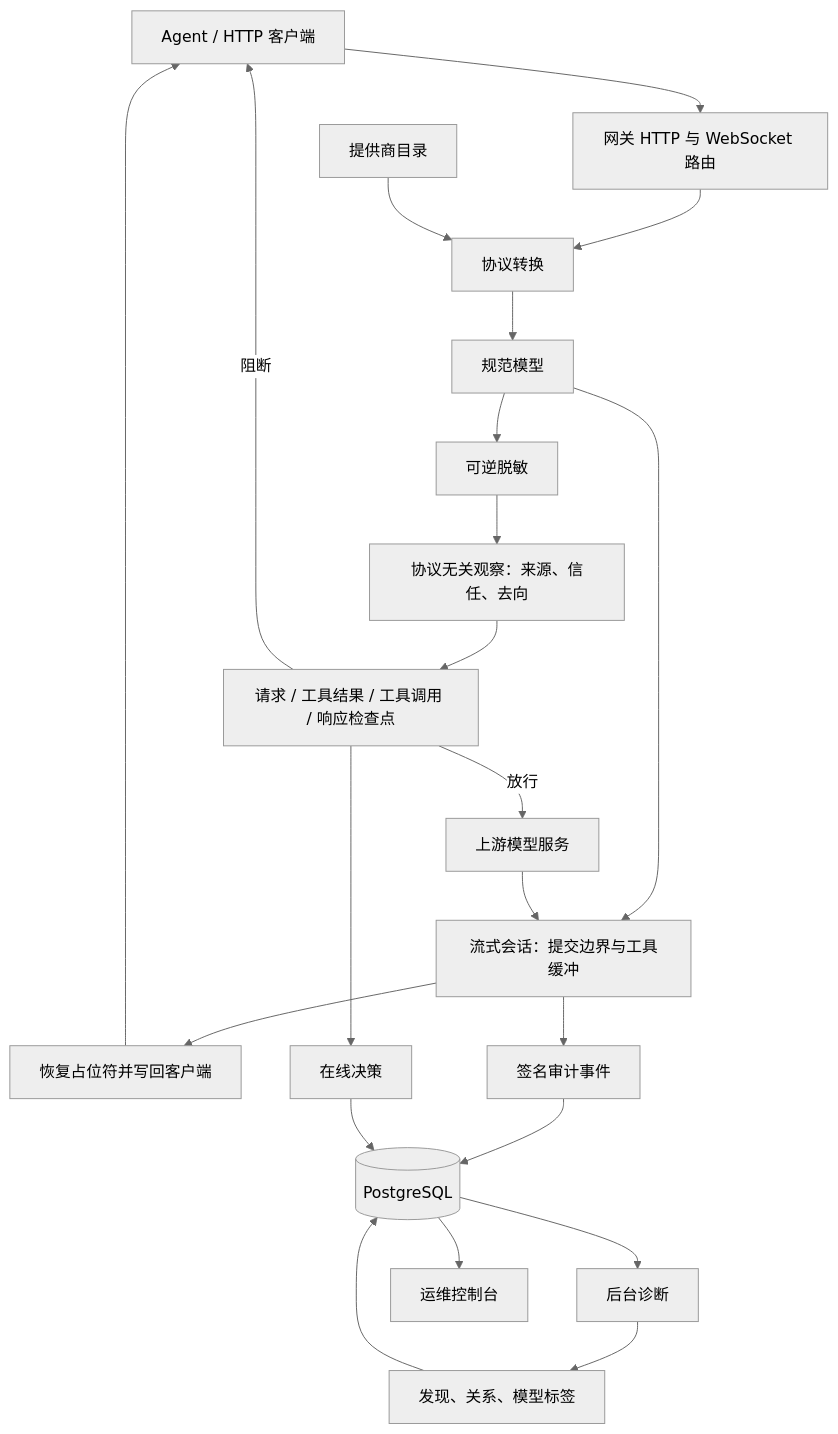
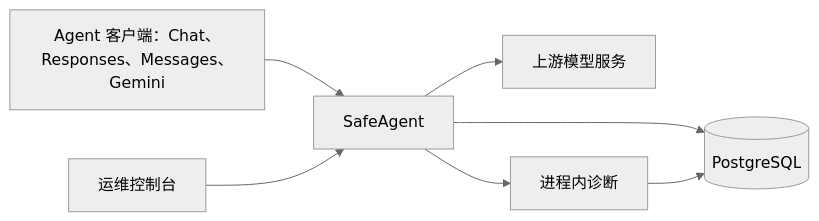
Before and after one commit to yv1ing/SafeAgent: the diagram in docs/human/architecture_zh.md, drawn with Mermaid (neutral theme). The commit also changed other lines of this file and 494 other files, not shown here.

Commit message:
refactor: rebuild the gateway, console and lab around classified calls and stored supply

````diff
--- a/docs/human/architecture_zh.md
+++ b/docs/human/architecture_zh.md
@@ -15,24 +9,9 @@
 ```mermaid
-flowchart TB
-    Agent["Agent / HTTP 客户端"] --> HTTP["网关 HTTP 与 WebSocket 路由"]
-    HTTP --> Codec["协议转换"]
-    Catalog["提供商目录"] --> Codec
-    Codec --> Canon["规范模型"]
-    Canon --> Stream["流式会话：提交边界与工具缓冲"]
-    Canon --> Redact["可逆脱敏"]
-    Redact --> Observe["协议无关观察：来源、信任、去向"]
-    Observe --> Gate["请求 / 工具结果 / 工具调用 / 响应检查点"]
-    Gate -->|放行| Upstream["上游模型服务"]
-    Gate -->|阻断| Agent
-    Upstream --> Stream
-    Stream --> Restore["恢复占位符并写回客户端"]
-    Restore --> Agent
-    Stream --> Audit["签名审计事件"]
-    Gate --> Decisions["在线决策"]
-    Audit --> DB[("PostgreSQL")]
-    Decisions --> DB
-    DB --> Worker["后台诊断"]
-    Worker --> Findings["发现、关系、模型标签"]
-    Findings --> DB
-    DB --> Console["运维控制台"]
+flowchart LR
+    Clients["Agent 客户端：Chat、Responses、Messages、Gemini"] --> Gateway["SafeAgent"]
+    Console["运维控制台"] --> Gateway
+    Gateway --> Providers["上游模型服务"]
+    Gateway --> Analysis["进程内诊断"]
+    Gateway --> DB[("PostgreSQL")]
+    Analysis --> DB
 ```
````
